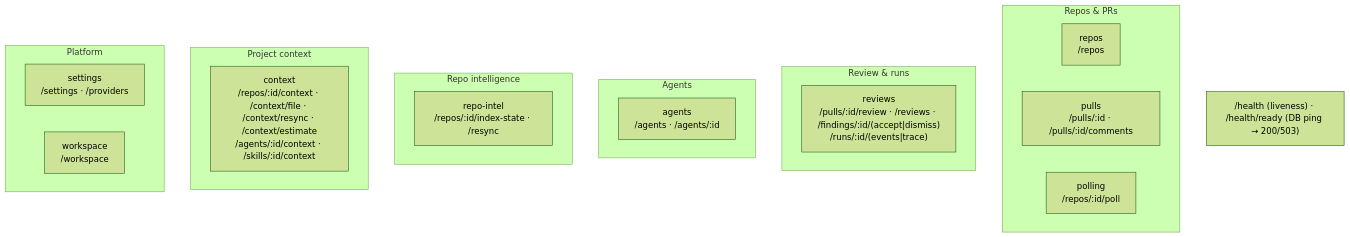
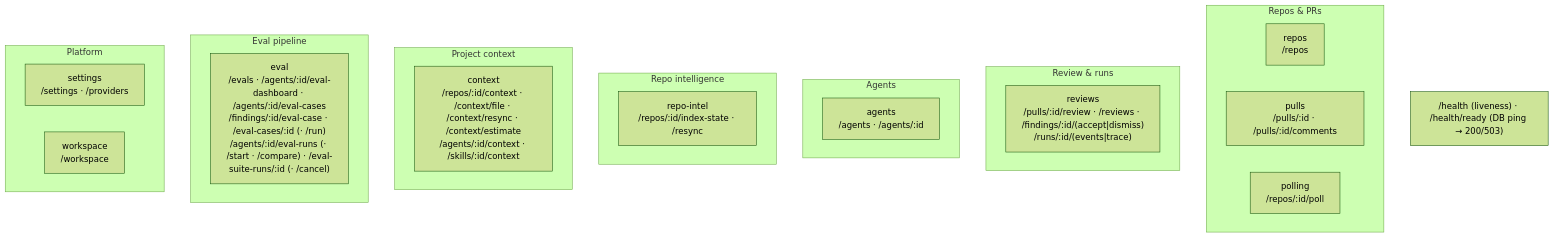
The second of 2 diagrams in server/README.md (SerhiyTo/dev-digest), drawn with Mermaid (forest theme) before and after one commit. The commit also changed 151 other files, not shown here.

First line of the commit message:
feat(evals): eval pipeline + redesign both eval surfaces

````diff
--- a/server/README.md
+++ b/server/README.md
@@ -67,25 +67,28 @@
 ```mermaid
 flowchart TB
   subgraph Repos_PRs["Repos & PRs"]
     repos["repos<br/>/repos"]
     pulls["pulls<br/>/pulls/:id · /pulls/:id/comments"]
     polling["polling<br/>/repos/:id/poll"]
   end
   subgraph Review["Review & runs"]
     reviews["reviews<br/>/pulls/:id/review · /reviews · /findings/:id/(accept|dismiss)<br/>/runs/:id/(events|trace)"]
   end
   subgraph Agents["Agents"]
     agents["agents<br/>/agents · /agents/:id"]
   end
   subgraph Intel["Repo intelligence"]
     repoIntel["repo-intel<br/>/repos/:id/index-state · /resync"]
   end
   subgraph Context["Project context"]
     context["context<br/>/repos/:id/context · /context/file · /context/resync · /context/estimate<br/>/agents/:id/context · /skills/:id/context"]
   end
+  subgraph Evals["Eval pipeline"]
+    evals["eval<br/>/evals · /agents/:id/eval-dashboard · /agents/:id/eval-cases<br/>/findings/:id/eval-case · /eval-cases/:id (· /run)<br/>/agents/:id/eval-runs (· /start · /compare) · /eval-suite-runs/:id (· /cancel)"]
+  end
   subgraph Platform["Platform"]
     settings["settings<br/>/settings · /providers"]
     workspace["workspace<br/>/workspace"]
   end
   HEALTH["/health (liveness) · /health/ready (DB ping → 200/503)"]
 ```
````
